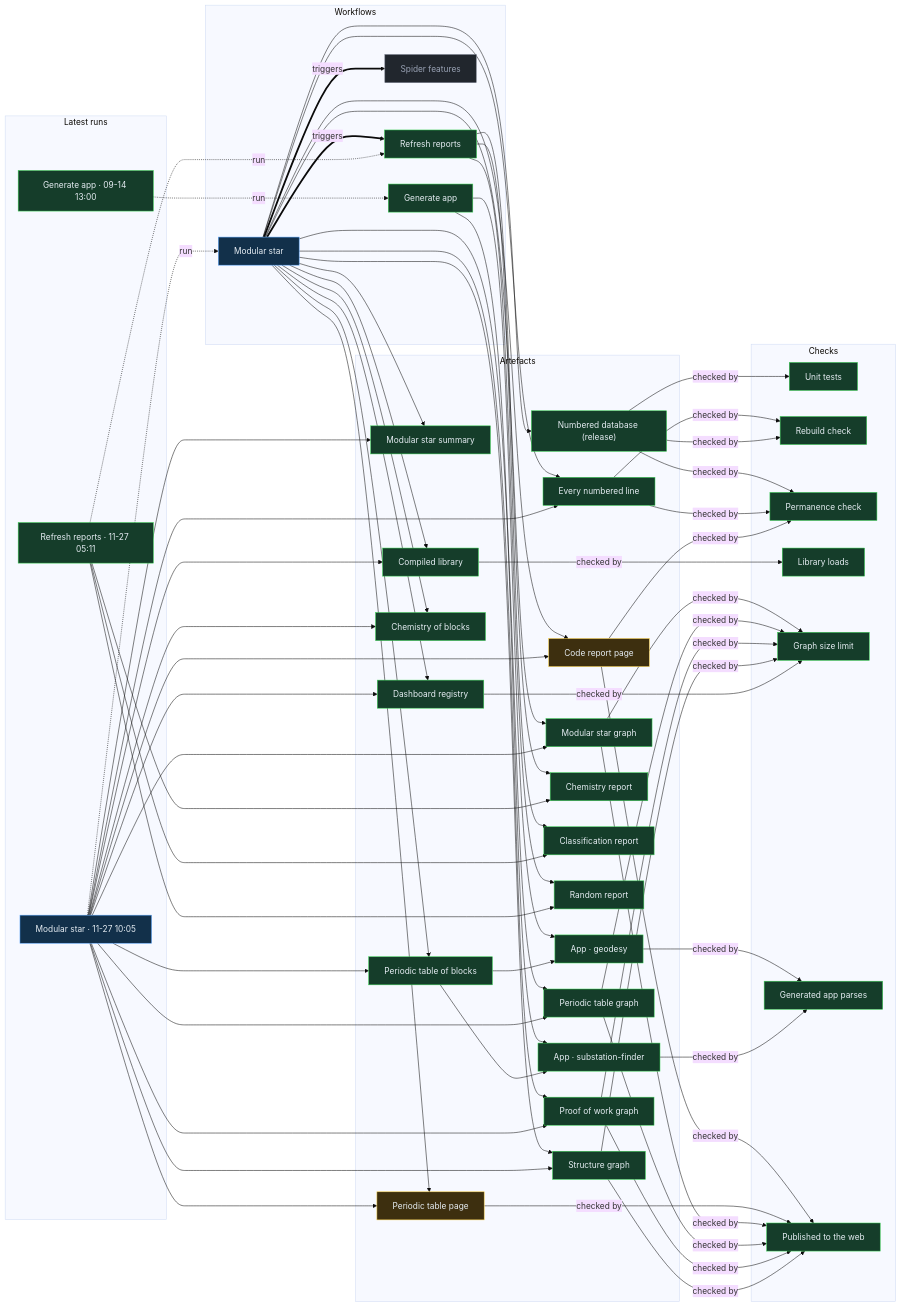
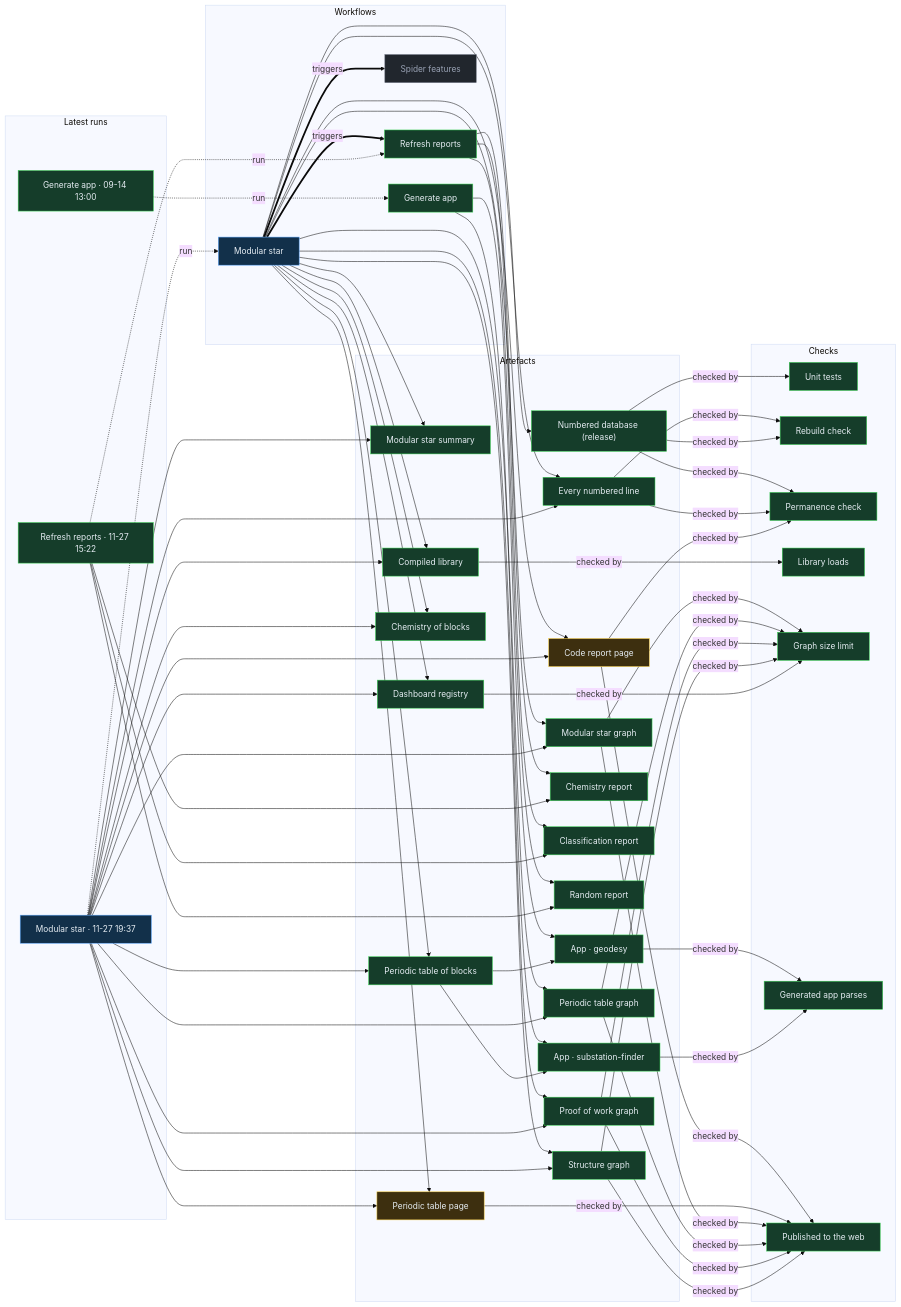
Before and after one commit to Ventusltd/stars: the diagram in proof/PROOF.md, drawn with Mermaid (base theme). The commit also changed other lines of this file and 65 other files, not shown here.

Commit message:
Modular star 2026-11-27T19:40Z

```diff
--- a/proof/PROOF.md
+++ b/proof/PROOF.md
@@ -24,8 +24,8 @@
   n_wf_spider_features["Spider features"]:::off
   end
   subgraph g_runs["Latest runs"]
-  n_run_45979150753["Modular star · 11-27 10:05"]:::live
-  n_run_45944278082["Refresh reports · 11-27 05:11"]:::ok
+  n_run_46058018770["Modular star · 11-27 19:37"]:::live
+  n_run_46024335426["Refresh reports · 11-27 15:22"]:::ok
   n_run_34846587798["Generate app · 09-14 13:00"]:::ok
   end
   subgraph g_artefacts["Artefacts"]
@@ -59,39 +59,39 @@
   end
   n_wf_modular_star == triggers ==> n_wf_refresh
   n_wf_modular_star == triggers ==> n_wf_spider_features
-  n_run_45979150753 -. run .-> n_wf_modular_star
-  n_run_45944278082 -. run .-> n_wf_refresh
+  n_run_46058018770 -. run .-> n_wf_modular_star
+  n_run_46024335426 -. run .-> n_wf_refresh
   n_run_34846587798 -. run .-> n_wf_generate
   n_wf_modular_star --> n_art_summary
-  n_run_45979150753 --> n_art_summary
+  n_run_46058018770 --> n_art_summary
   n_wf_modular_star --> n_art_lines
-  n_run_45979150753 --> n_art_lines
+  n_run_46058018770 --> n_art_lines
   n_wf_modular_star --> n_art_code
-  n_run_45979150753 --> n_art_code
+  n_run_46058018770 --> n_art_code
   n_wf_modular_star --> n_art_modular_graph
-  n_run_45979150753 --> n_art_modular_graph
+  n_run_46058018770 --> n_art_modular_graph
   n_wf_modular_star --> n_art_blocks
-  n_run_45979150753 --> n_art_blocks
+  n_run_46058018770 --> n_art_blocks
   n_wf_modular_star --> n_art_table
-  n_run_45979150753 --> n_art_table
+  n_run_46058018770 --> n_art_table
   n_wf_modular_star --> n_art_blocks_graph
-  n_run_45979150753 --> n_art_blocks_graph
+  n_run_46058018770 --> n_art_blocks_graph
   n_wf_modular_star --> n_art_reactions
-  n_run_45979150753 --> n_art_reactions
+  n_run_46058018770 --> n_art_reactions
   n_wf_modular_star --> n_art_library
-  n_run_45979150753 --> n_art_library
+  n_run_46058018770 --> n_art_library
   n_wf_modular_star --> n_art_features
-  n_run_45979150753 --> n_art_features
+  n_run_46058018770 --> n_art_features
   n_wf_modular_star --> n_art_proof
-  n_run_45979150753 --> n_art_proof
+  n_run_46058018770 --> n_art_proof
   n_wf_modular_star --> n_art_structure
-  n_run_45979150753 --> n_art_structure
+  n_run_46058018770 --> n_art_structure
   n_wf_refresh --> n_art_chemistry
-  n_run_45944278082 --> n_art_chemistry
+  n_run_46024335426 --> n_art_chemistry
   n_wf_refresh --> n_art_vedic
-  n_run_45944278082 --> n_art_vedic
+  n_run_46024335426 --> n_art_vedic
   n_wf_refresh --> n_art_random
-  n_run_45944278082 --> n_art_random
+  n_run_46024335426 --> n_art_random
   n_wf_modular_star --> n_art_release
   n_wf_generate --> n_app_geodesy
   n_art_blocks --> n_app_geodesy
```
